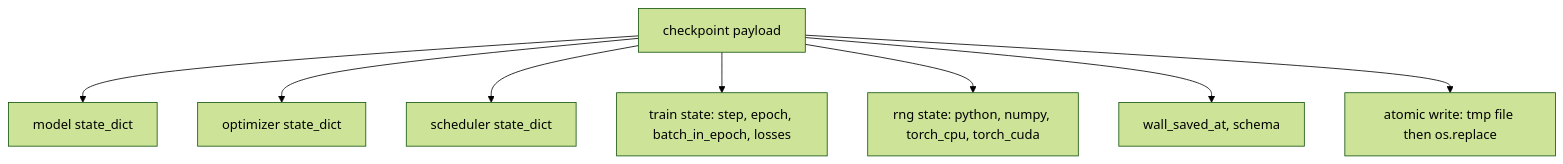
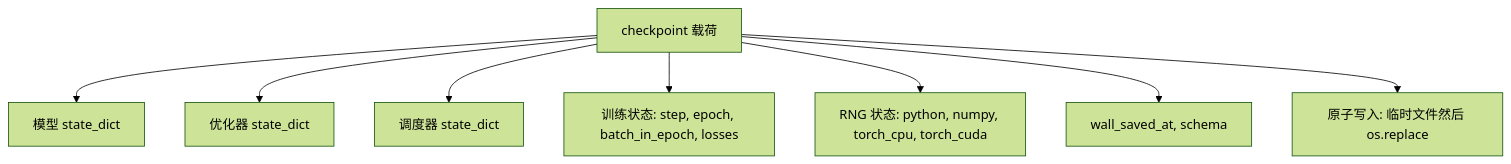
The first of 3 diagrams in phases/19-capstone-projects/47-checkpoint-save-resume/docs/zh.md (alessandrodinisio-ai/ai-engineering-learning-framework), drawn with Mermaid (forest theme) before and after one commit. The commit also changed other lines of this file and 120 other files, not shown here.

First line of the commit message:
i18n(mermaid): 337 个 mermaid 图表标签中文化

````diff
--- a/phases/19-capstone-projects/47-checkpoint-save-resume/docs/zh.md
+++ b/phases/19-capstone-projects/47-checkpoint-save-resume/docs/zh.md
@@ -27,10 +27,10 @@
 ```mermaid
 flowchart TD
-  ckpt[checkpoint payload] --> m[model state_dict]
-  ckpt --> o[optimizer state_dict]
-  ckpt --> s[scheduler state_dict]
-  ckpt --> tr[train state: step, epoch, batch_in_epoch, losses]
-  ckpt --> rng[rng state: python, numpy, torch_cpu, torch_cuda]
+  ckpt[checkpoint 载荷] --> m[模型 state_dict]
+  ckpt --> o[优化器 state_dict]
+  ckpt --> s[调度器 state_dict]
+  ckpt --> tr[训练状态: step, epoch, batch_in_epoch, losses]
+  ckpt --> rng[RNG 状态: python, numpy, torch_cpu, torch_cuda]
   ckpt --> meta[wall_saved_at, schema]
-  ckpt --> write[atomic write: tmp file then os.replace]
+  ckpt --> write[原子写入: 临时文件然后 os.replace]
 ```
````
